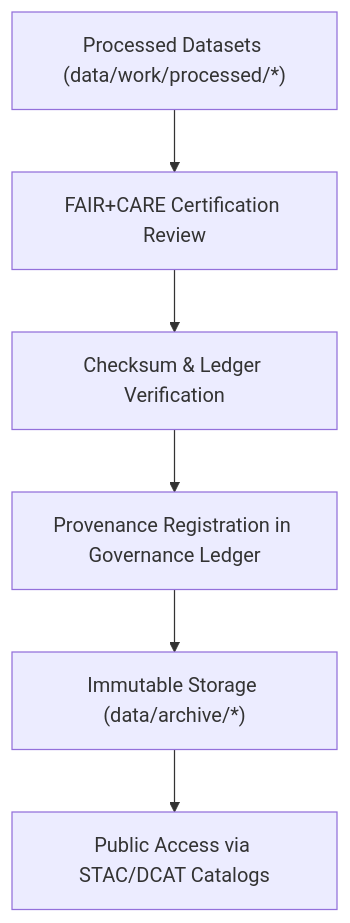
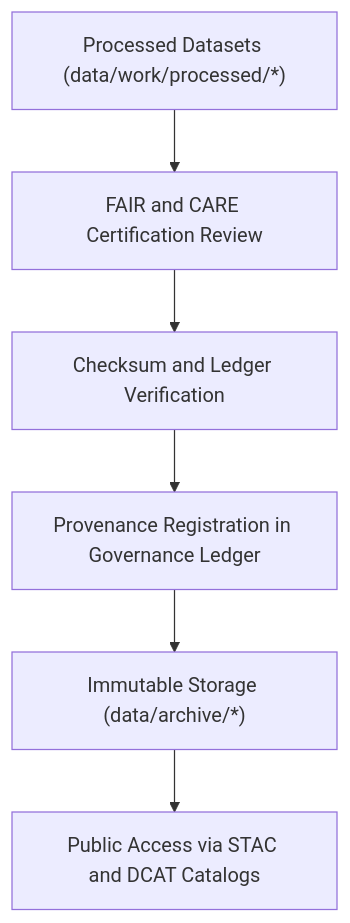
The diagram in data/archive/README.md (bartytime4life/Kansas-Frontier-Matrix), drawn with Mermaid before and after one commit. The commit also changed other lines of this file, not shown here.

````diff
--- a/data/archive/README.md
+++ b/data/archive/README.md
@@ -51,8 +51,8 @@
 ```mermaid
 flowchart TD
-    A["Processed Datasets (data/work/processed/*)"] --> B["FAIR+CARE Certification Review"]
-    B --> C["Checksum & Ledger Verification"]
+    A["Processed Datasets (data/work/processed/*)"] --> B["FAIR and CARE Certification Review"]
+    B --> C["Checksum and Ledger Verification"]
     C --> D["Provenance Registration in Governance Ledger"]
     D --> E["Immutable Storage (data/archive/*)"]
-    E --> F["Public Access via STAC/DCAT Catalogs"]
+    E --> F["Public Access via STAC and DCAT Catalogs"]
 ```
````
